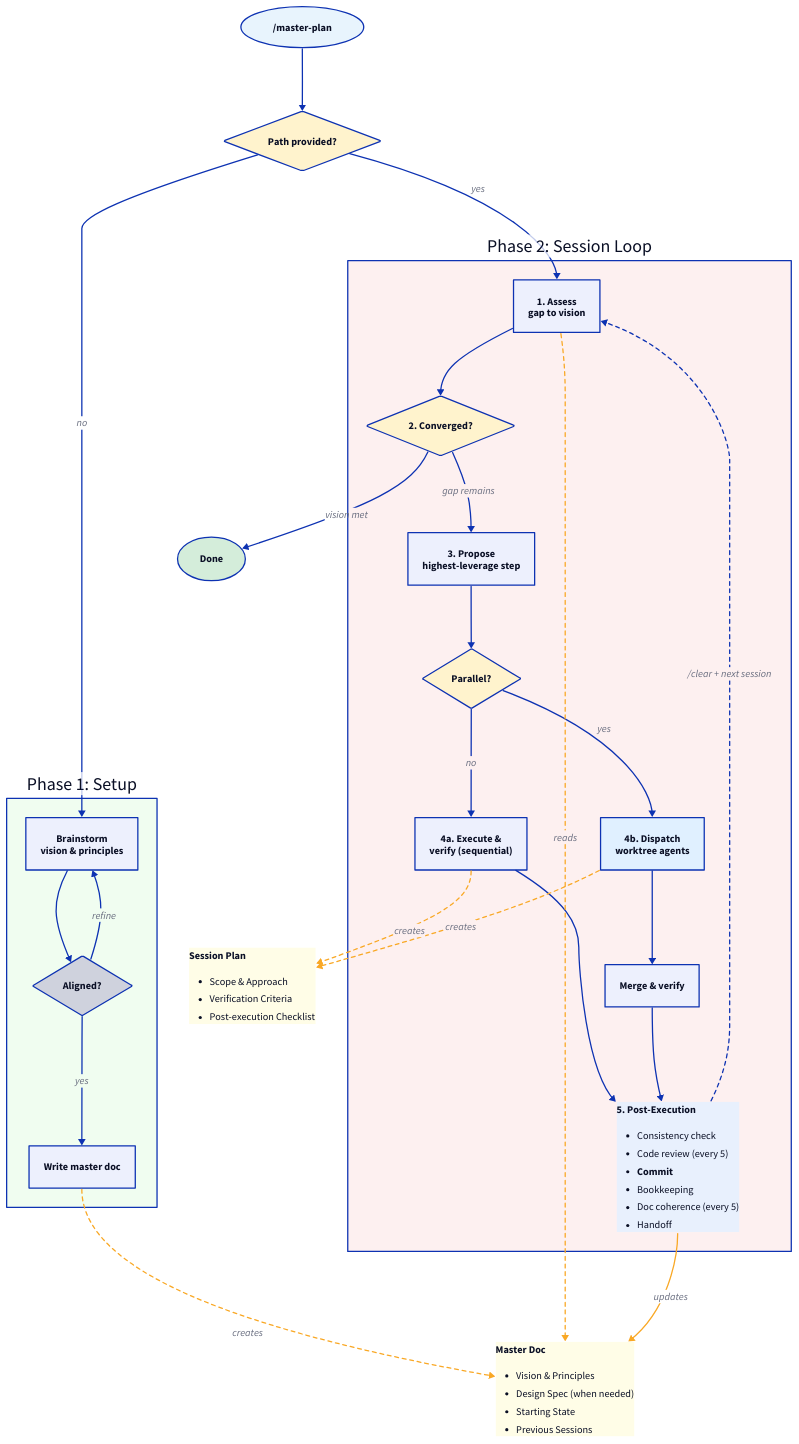
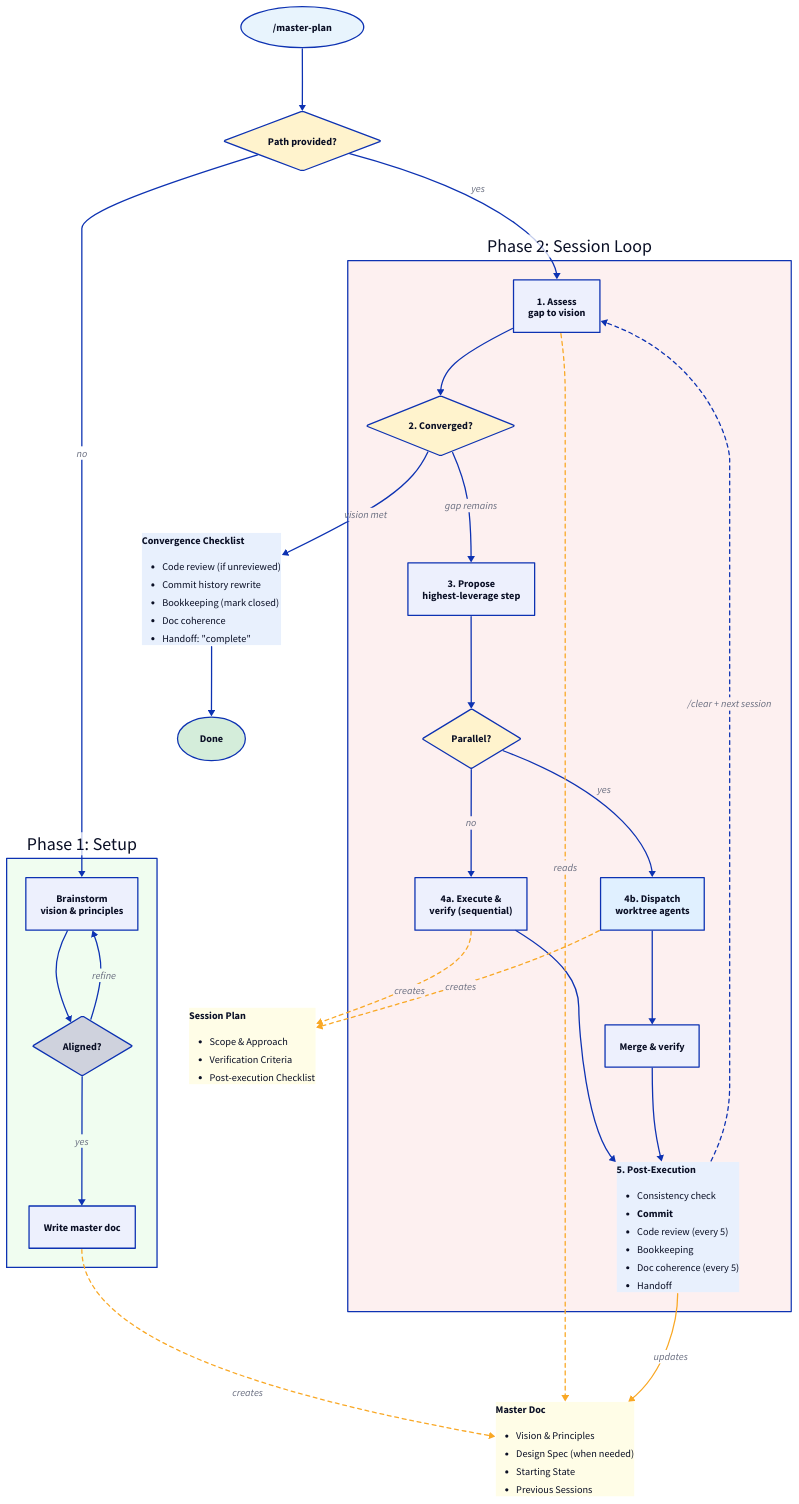
Before and after one commit to lcguerrerocovo/claude-master-plan: the diagram in docs/master-plan-flow.d2, drawn with D2. The commit also changed 3 other files, not shown here.

First line of the commit message:
Tighten flow: convergence checklist, parallel bookkeeping, diagram sync

```diff
--- a/docs/master-plan-flow.d2
+++ b/docs/master-plan-flow.d2
@@ -1,145 +1,158 @@
 direction: down
 
 # --- Entry ---
 
 start: "/master-plan" {
   shape: oval
   style.fill: "#e8f4fd"
 }
 
 route: "Path provided?" {
   shape: diamond
   style.fill: "#fff3cd"
 }
 
 start -> route
 
 # --- Phase 1 (setup) ---
 
 phase1: "Phase 1: Setup" {
   style.fill: "#f0fdf0"
 
   brainstorm: "Brainstorm\nvision & principles"
   aligned: "Aligned?" { shape: diamond }
   write: "Write master doc"
 
   brainstorm -> aligned
   aligned -> brainstorm: "refine"
   aligned -> write: "yes"
 }
 
 route -> phase1.brainstorm: "no"
 
 # --- Artifacts ---
 
 master_doc: "Master Doc" {
   shape: page
   style.fill: "#fffde7"
   style.stroke: "#f9a825"
   label: |md
     **Master Doc**
     - Vision & Principles
     - Design Spec (when needed)
     - Starting State
     - Previous Sessions
   |
 }
 
 phase1.write -> master_doc: "creates" {
   style.stroke: "#f9a825"
   style.stroke-dash: 3
 }
 
 # --- Phase 2 (session loop) ---
 
 phase2: "Phase 2: Session Loop" {
   style.fill: "#fdf0f0"
 
   assess: "1. Assess\ngap to vision"
   converge: "2. Converged?" {
     shape: diamond
     style.fill: "#fff3cd"
   }
   propose: "3. Propose\nhighest-leverage step"
   parallel: "Parallel?" {
     shape: diamond
     style.fill: "#fff3cd"
   }
   seq_exec: "4a. Execute &\nverify (sequential)"
   par_exec: "4b. Dispatch\nworktree agents" {
     style.fill: "#e0f0ff"
   }
   merge: "Merge & verify"
 
   post_exec: "5. Post-Execution" {
     style.fill: "#e8f0fd"
     label: |md
       **5. Post-Execution**
       - Consistency check
+      - **Commit**
       - Code review (every 5)
-      - **Commit**
       - Bookkeeping
       - Doc coherence (every 5)
       - Handoff
     |
   }
 
   assess -> converge
   converge -> propose: "gap remains"
   propose -> parallel
   parallel -> seq_exec: "no"
   parallel -> par_exec: "yes"
   seq_exec -> post_exec
   par_exec -> merge
   merge -> post_exec
 }
 
 route -> phase2.assess: "yes"
 
 # --- Artifact connections ---
 
 phase2.assess -> master_doc: "reads" {
   style.stroke: "#f9a825"
   style.stroke-dash: 3
 }
 
 phase2.post_exec -> master_doc: "updates" {
   style.stroke: "#f9a825"
 }
 
 session_plan: "Session Plan" {
   shape: page
   style.fill: "#fffde7"
   style.stroke: "#f9a825"
   label: |md
     **Session Plan**
     - Scope & Approach
     - Verification Criteria
     - Post-execution Checklist
   |
 }
 
 phase2.seq_exec -> session_plan: "creates" {
   style.stroke: "#f9a825"
   style.stroke-dash: 3
 }
 
 phase2.par_exec -> session_plan: "creates" {
   style.stroke: "#f9a825"
   style.stroke-dash: 3
 }
 
 # --- Convergence exit ---
 
 done: "Done" {
   shape: oval
   style.fill: "#d4edda"
 }
 
-phase2.converge -> done: "vision met"
+converge_checklist: "Convergence Checklist" {
+  style.fill: "#e8f0fd"
+  label: |md
+    **Convergence Checklist**
+    - Code review (if unreviewed)
+    - Commit history rewrite
+    - Bookkeeping (mark closed)
+    - Doc coherence
+    - Handoff: "complete"
+  |
+}
+
+phase2.converge -> converge_checklist: "vision met"
+converge_checklist -> done
 
 # --- Loop back ---
 
 phase2.post_exec -> phase2.assess: "/clear + next session" {
   style.stroke-dash: 3
 }
```
